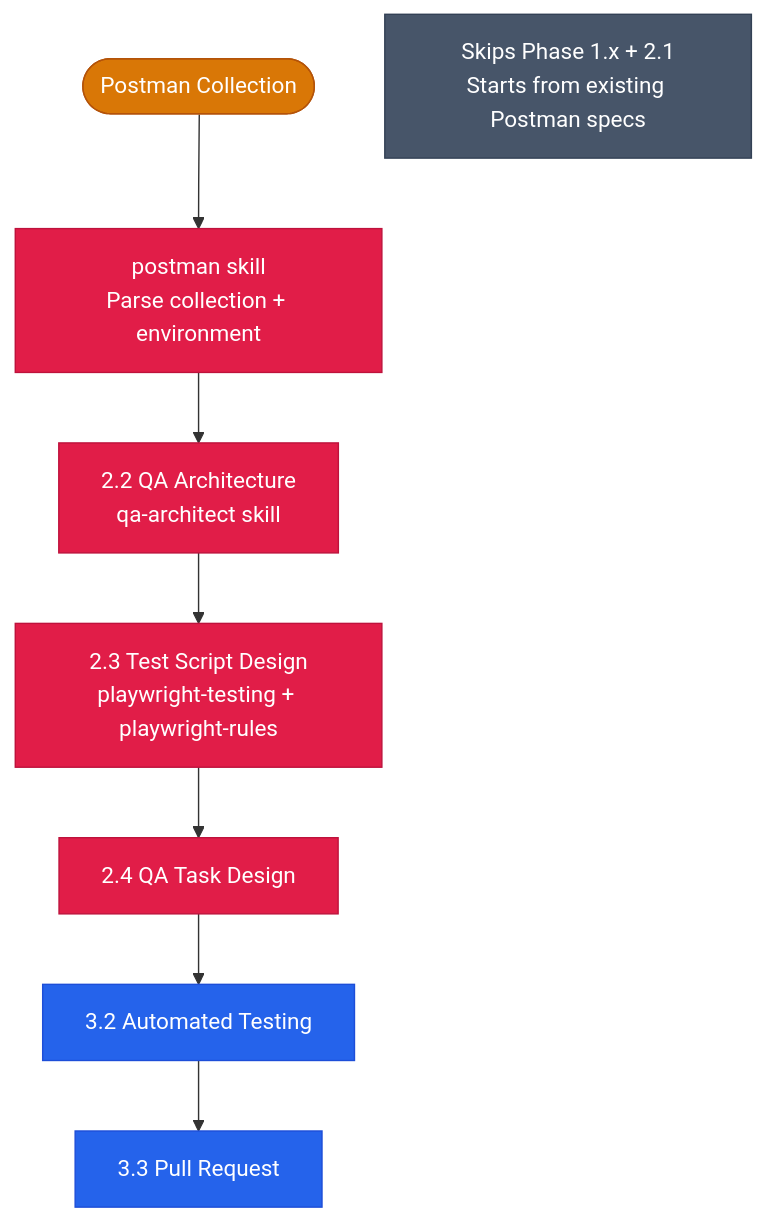
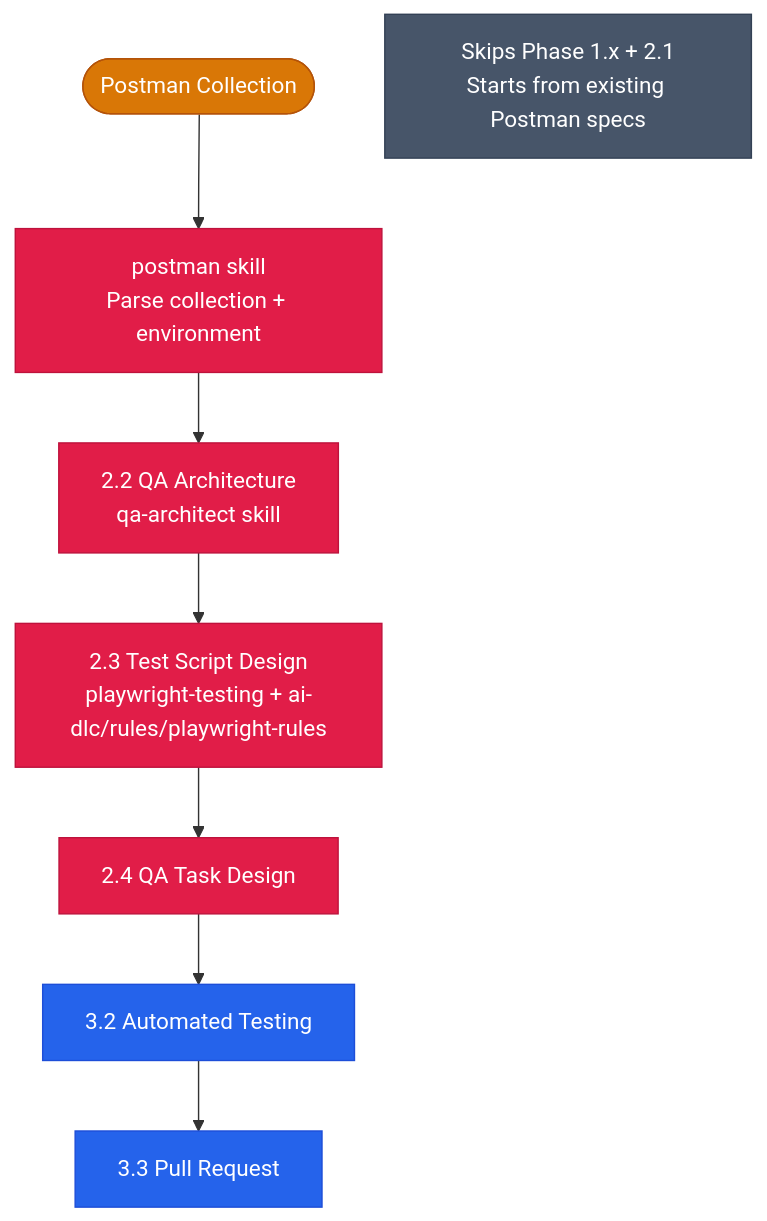
The eighth of 9 diagrams in skills/doc/aidlc/aidlc-flowchart.md (Vit129/skills), drawn with Mermaid before and after one commit. The commit also changed 46 other files, not shown here.

First line of the commit message:
refactor: extract rules skills into ai-dlc/rules/ folder

````diff
--- a/skills/doc/aidlc/aidlc-flowchart.md
+++ b/skills/doc/aidlc/aidlc-flowchart.md
@@ -244,19 +244,19 @@
 ```mermaid
 flowchart TD
     PM([Postman Collection]) --> PMSkill[postman skill<br/>Parse collection + environment]
     PMSkill --> PMArch[2.2 QA Architecture<br/>qa-architect skill]
-    PMArch --> PMScript[2.3 Test Script Design<br/>playwright-testing + playwright-rules]
+    PMArch --> PMScript[2.3 Test Script Design<br/>playwright-testing + ai-dlc/rules/playwright-rules]
     PMScript --> PMTask[2.4 QA Task Design]
     PMTask --> PMRun[3.2 Automated Testing]
     PMRun --> PMPR[3.3 Pull Request]
     Note1[Skips Phase 1.x + 2.1<br/>Starts from existing Postman specs]
 
     style PM fill:#d97706,color:#fff,stroke:#b45309
     style PMSkill fill:#e11d48,color:#fff,stroke:#be123c
     style PMArch fill:#e11d48,color:#fff,stroke:#be123c
     style PMScript fill:#e11d48,color:#fff,stroke:#be123c
     style PMTask fill:#e11d48,color:#fff,stroke:#be123c
     style PMRun fill:#2563eb,color:#fff,stroke:#1d4ed8
     style PMPR fill:#2563eb,color:#fff,stroke:#1d4ed8
     style Note1 fill:#475569,color:#fff,stroke:#334155
 ```
````
